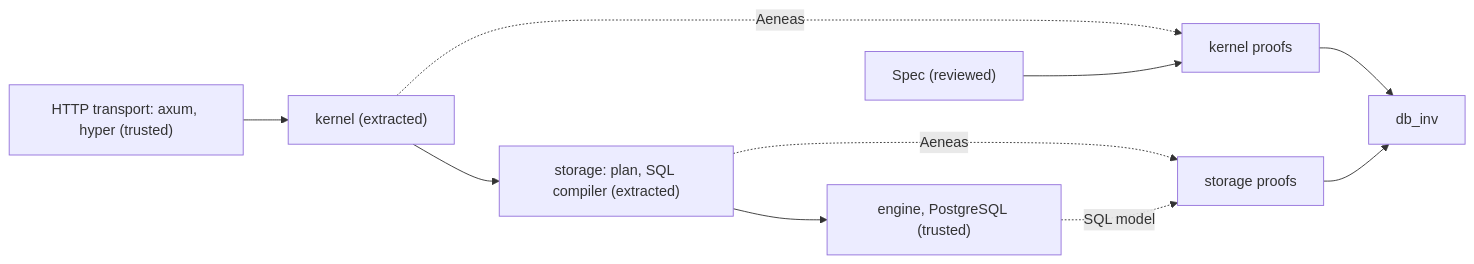
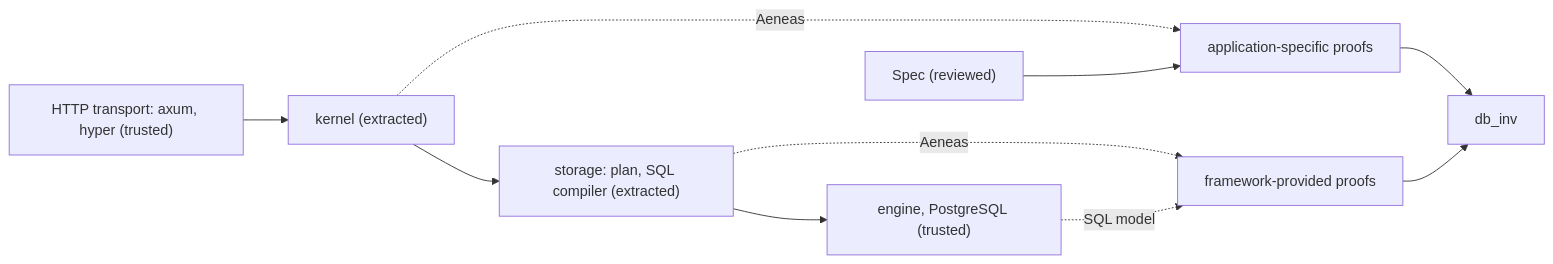
The diagram in crates/h5i-app/README.md (h5i-dev/h5i), drawn with Mermaid before and after one commit. The commit also changed other lines of this file, not shown here.

````diff
--- a/crates/h5i-app/README.md
+++ b/crates/h5i-app/README.md
@@ -39,13 +42,13 @@
 ```mermaid
 flowchart LR
     H["HTTP transport: axum, hyper (trusted)"] --> K["kernel (extracted)"]
     K --> S["storage: plan, SQL compiler (extracted)"]
     S --> DB["engine, PostgreSQL (trusted)"]
 
-    K -. Aeneas .-> A["kernel proofs"]
-    S -. Aeneas .-> B["storage proofs"]
+    K -. Aeneas .-> A["application-specific proofs"]
+    S -. Aeneas .-> B["framework-provided proofs"]
     DB -. "SQL model" .-> B
     SP["Spec (reviewed)"] --> A
     A --> D["db_inv"]
     B --> D
 ```
````
